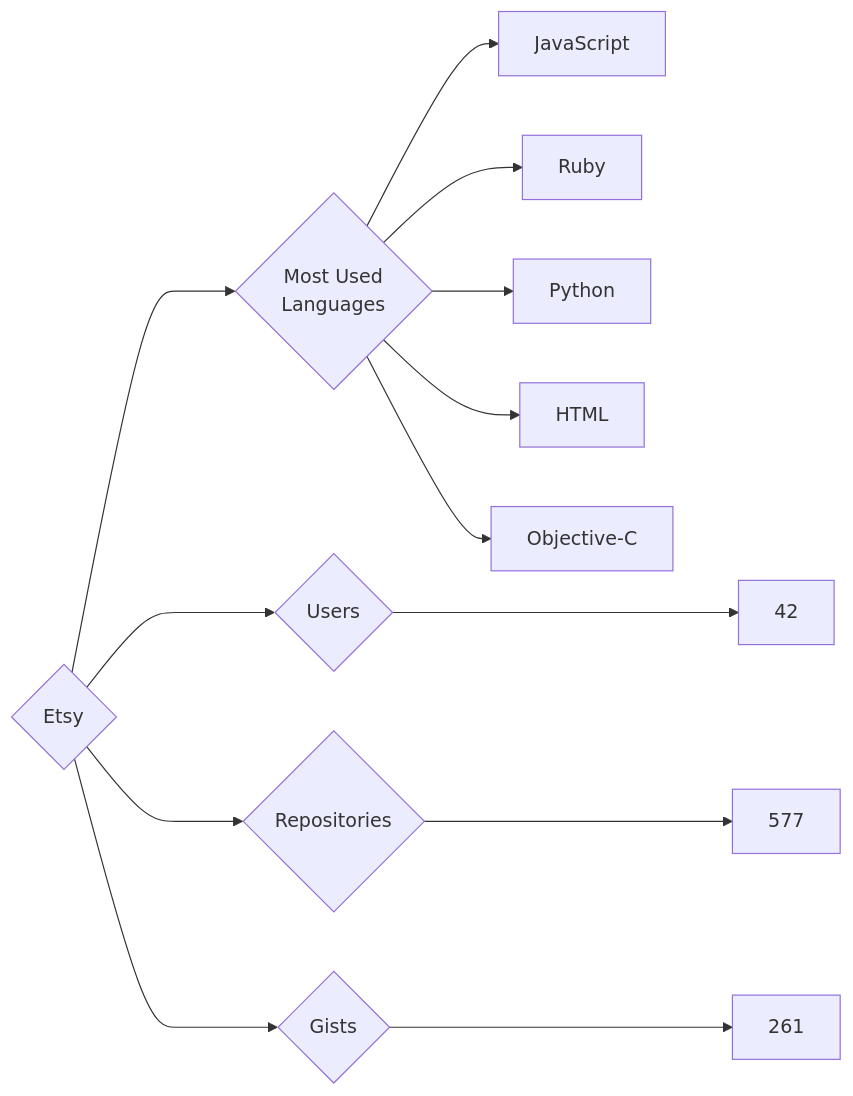
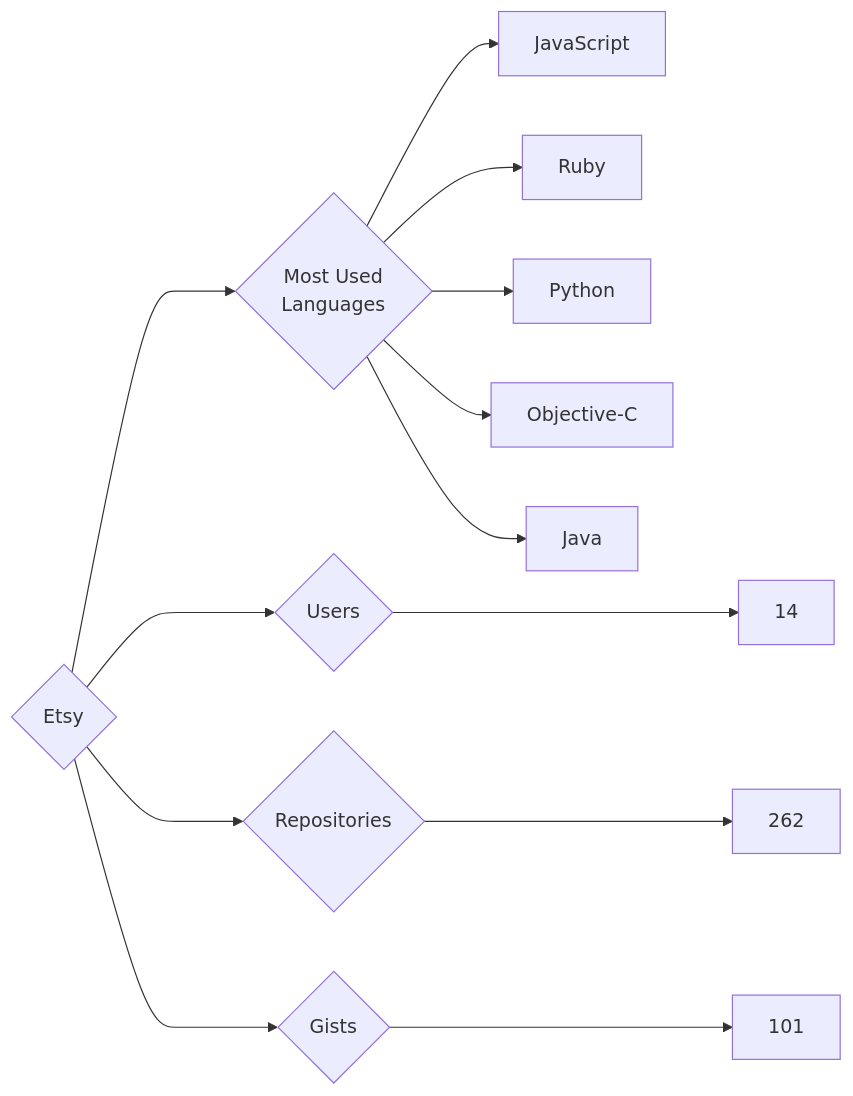
One commit to trickest/insiders changed the diagram in targets/Etsy/README.md. Above: the diagram before and after it, drawn with Mermaid. The commit also changed 872 other files, not shown here.

````diff
--- a/targets/Etsy/README.md
+++ b/targets/Etsy/README.md
@@ -3,13 +3,13 @@
 ```mermaid
 graph LR
 COMPANY_NAME{Etsy}
-COMPANY_NAME ---> U{Users} ---> UN[42]
-COMPANY_NAME ---> R{Repositories} ---> RN[577]
-COMPANY_NAME ---> G{Gists} ---> GN[261]
+COMPANY_NAME ---> U{Users} ---> UN[14]
+COMPANY_NAME ---> R{Repositories} ---> RN[262]
+COMPANY_NAME ---> G{Gists} ---> GN[101]
 COMPANY_NAME ---> ML{Most Used<br>Languages}
 ML --> JavaScript[JavaScript]
 ML --> Ruby[Ruby]
 ML --> Python[Python]
-ML --> HTML[HTML]
 ML --> Objective-C[Objective-C]
+ML --> Java[Java]
 ```
````
